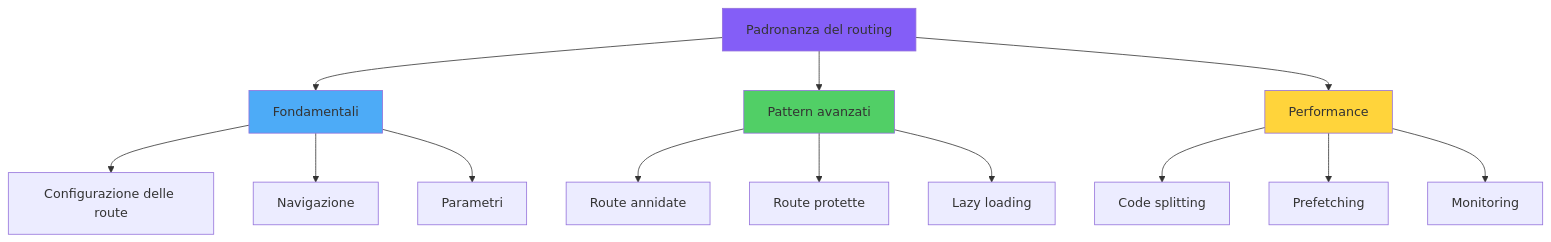
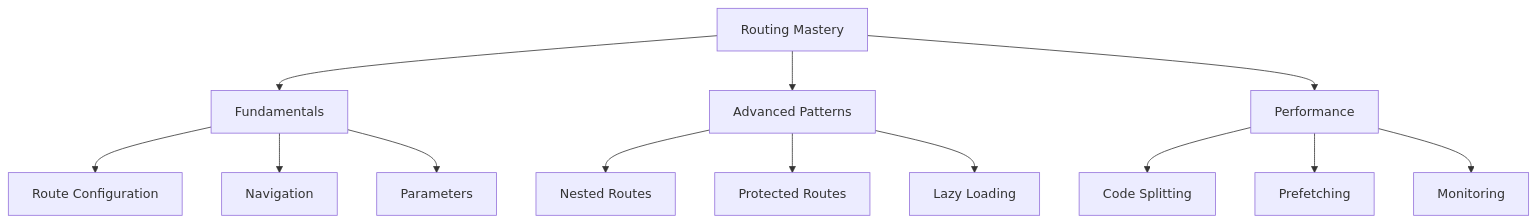
One commit to BabaScience/react-guides changed the sixth of 6 diagrams in arguments/chapters/it/05-routing.md. Above: the diagram before and after it, drawn with Mermaid. The commit also changed other lines of this file and 29 other files, not shown here.

First line of the commit message:
Bring React FR/IT translations to full English parity + theme-safe diagrams

````diff
--- a/arguments/chapters/it/05-routing.md
+++ b/arguments/chapters/it/05-routing.md
@@ -347,23 +2275,19 @@
 ```mermaid
 graph TD
-    A["Padronanza del routing"] --> B["Fondamentali"]
-    A --> C["Pattern avanzati"]
-    A --> D["Performance"]
-
-    B --> B1["Configurazione delle route"]
-    B --> B2["Navigazione"]
-    B --> B3["Parametri"]
-
-    C --> C1["Route annidate"]
-    C --> C2["Route protette"]
-    C --> C3["Lazy loading"]
-
-    D --> D1["Code splitting"]
-    D --> D2["Prefetching"]
-    D --> D3["Monitoring"]
-
-    style A fill:#845ef7
-    style B fill:#4dabf7
-    style C fill:#51cf66
-    style D fill:#ffd43b
+    A[Routing Mastery] --> B[Fundamentals]
+    A --> C[Advanced Patterns]
+    A --> D[Performance]
+    
+    B --> B1[Route Configuration]
+    B --> B2[Navigation]
+    B --> B3[Parameters]
+    
+    C --> C1[Nested Routes]
+    C --> C2[Protected Routes]
+    C --> C3[Lazy Loading]
+    
+    D --> D1[Code Splitting]
+    D --> D2[Prefetching]
+    D --> D3[Monitoring]
+    
 ```
````
